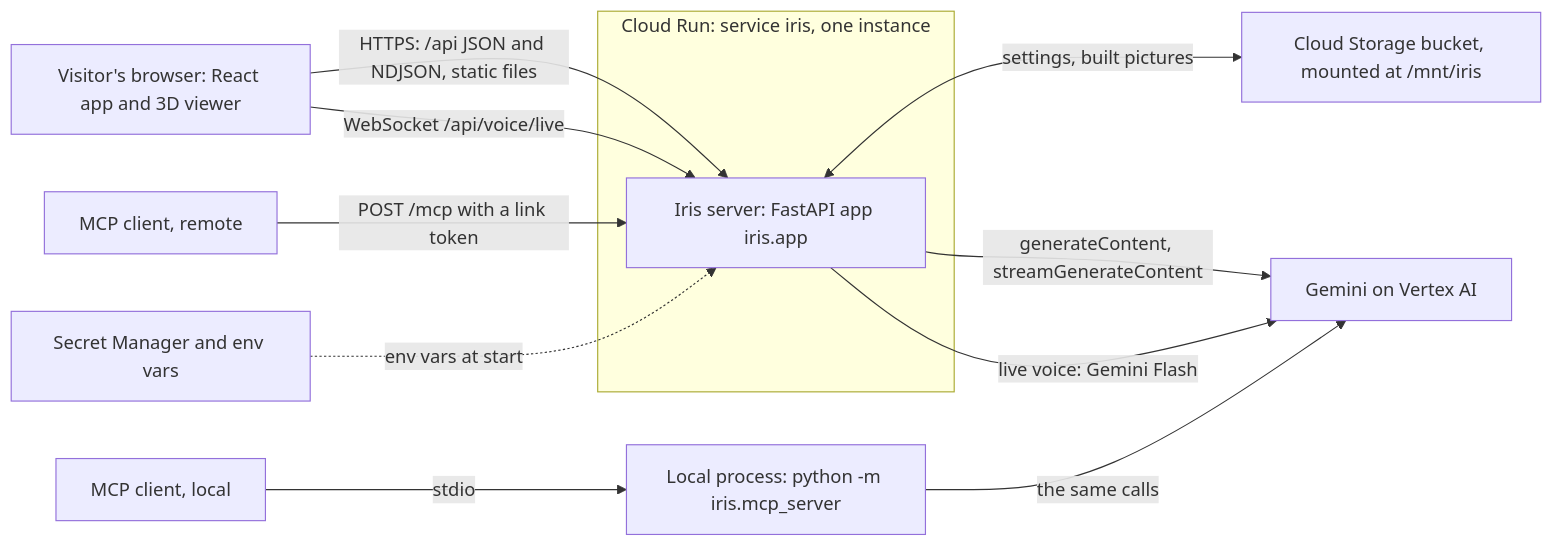
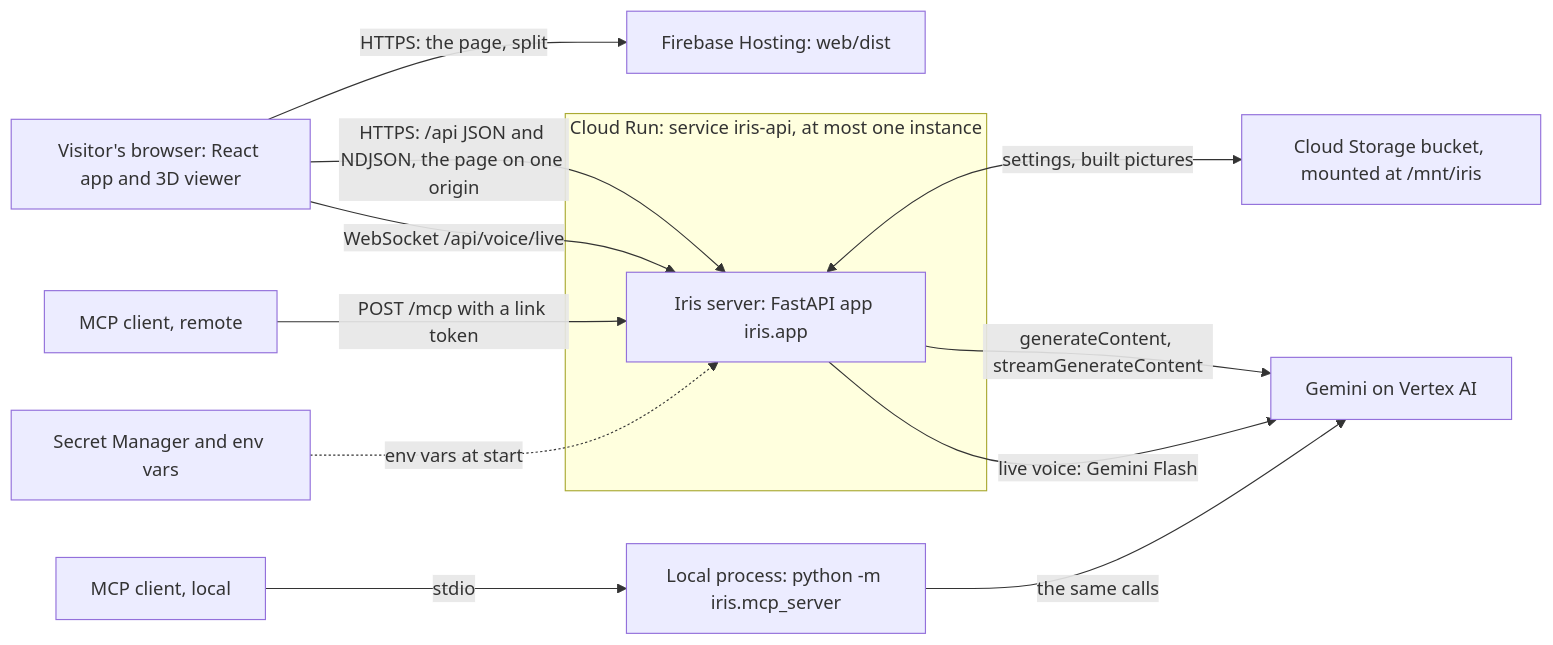
One commit to Saravana-Rajan/IRIS changed the first of 4 diagrams in docs/architecture/02-system-architecture.md. Above: the diagram before and after it, drawn with Mermaid. The commit also changed other lines of this file and 36 other files, not shown here.

First line of the commit message:
Auto-deploy: push to main deploys FastAPI to Cloud Run (iris-api) and React to Firebase Hosting

````diff
--- a/docs/architecture/02-system-architecture.md
+++ b/docs/architecture/02-system-architecture.md
@@ -26,22 +31,24 @@
 ```mermaid
 flowchart LR
   browser["Visitor's browser: React app and 3D viewer"]
+  hosting["Firebase Hosting: web/dist"]
   remote["MCP client, remote"]
   localClient["MCP client, local"]
-  subgraph run["Cloud Run: service iris, one instance"]
+  subgraph run["Cloud Run: service iris-api, at most one instance"]
     server["Iris server: FastAPI app iris.app"]
   end
   secrets["Secret Manager and env vars"]
   bucket["Cloud Storage bucket, mounted at /mnt/iris"]
   localProc["Local process: python -m iris.mcp_server"]
   gemini["Gemini on Vertex AI"]
-  browser -->|"HTTPS: /api JSON and NDJSON, static files"| server
+  browser -->|"HTTPS: the page, split"| hosting
+  browser -->|"HTTPS: /api JSON and NDJSON, the page on one origin"| server
   browser -->|"WebSocket /api/voice/live"| server
   remote -->|"POST /mcp with a link token"| server
   localClient -->|"stdio"| localProc
   secrets -.->|"env vars at start"| server
   server <-->|"settings, built pictures"| bucket
   server -->|"generateContent, streamGenerateContent"| gemini
   server -->|"live voice: Gemini Flash"| gemini
   localProc -->|"the same calls"| gemini
 ```
````
